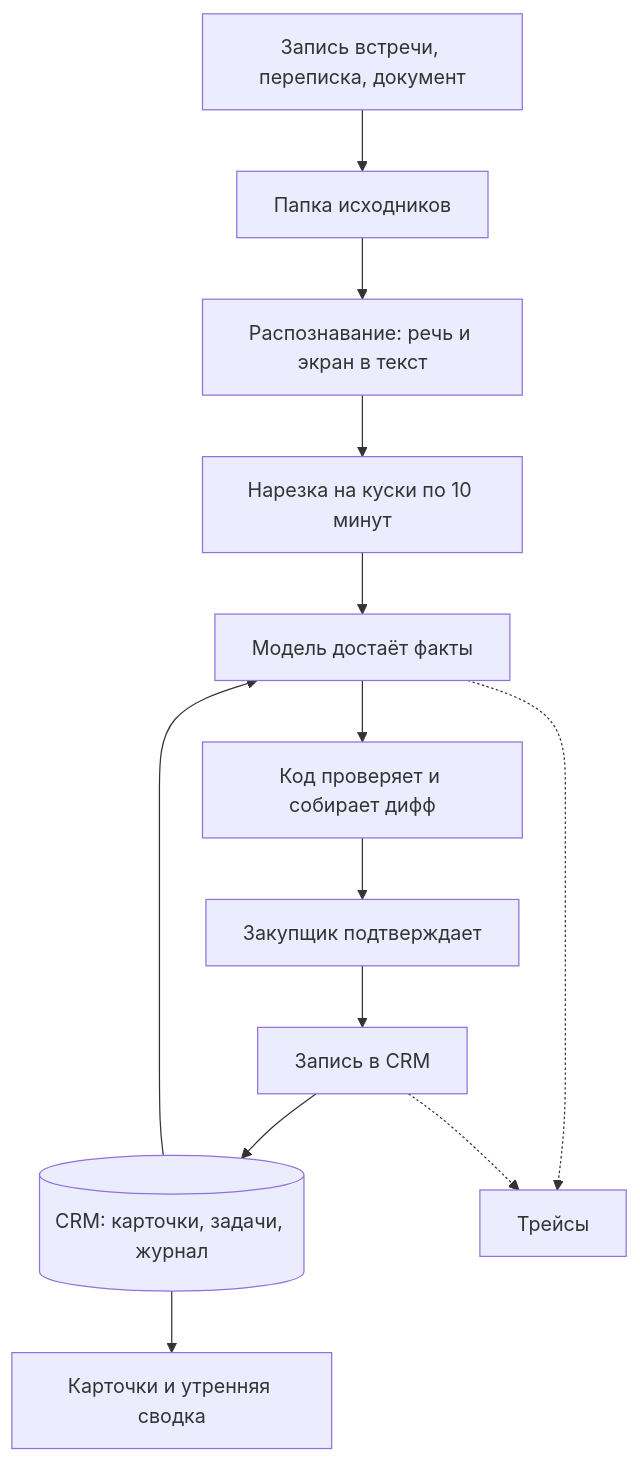
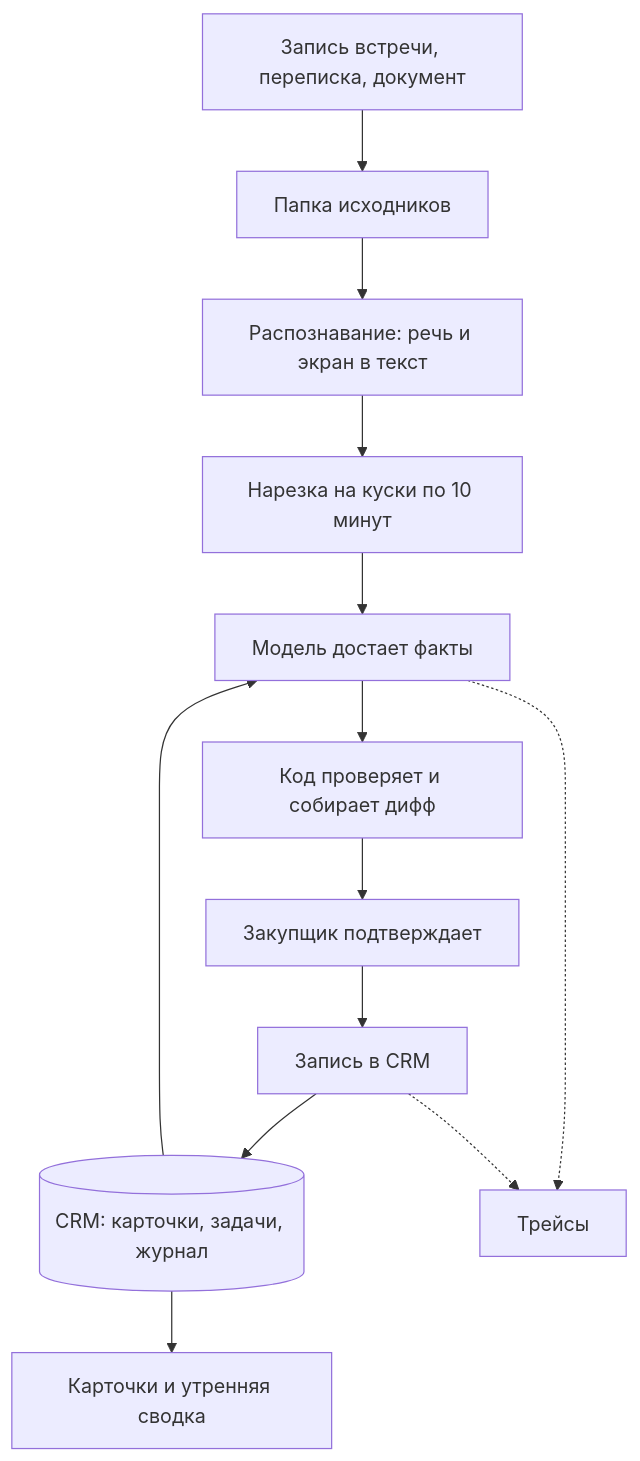
Before and after one commit to NikitaLosev/snabkontur: the first of 2 diagrams in design-doc/README.md, drawn with Mermaid. The commit also changed other lines of this file and 133 other files, not shown here.

````diff
--- a/design-doc/README.md
+++ b/design-doc/README.md
@@ -230,15 +398,15 @@
 ```mermaid
 flowchart TD
     A[Запись встречи, переписка, документ] --> B[Папка исходников]
     B --> C[Распознавание: речь и экран в текст]
     C --> D[Нарезка на куски по 10 минут]
-    D --> E[Модель достаёт факты]
+    D --> E[Модель достает факты]
     F[(CRM: карточки, задачи, журнал)] --> E
     E --> G[Код проверяет и собирает дифф]
     G --> H[Закупщик подтверждает]
     H --> I[Запись в CRM]
     I --> F
     F --> J[Карточки и утренняя сводка]
     E -.-> T[Трейсы]
     I -.-> T
 ```
````
